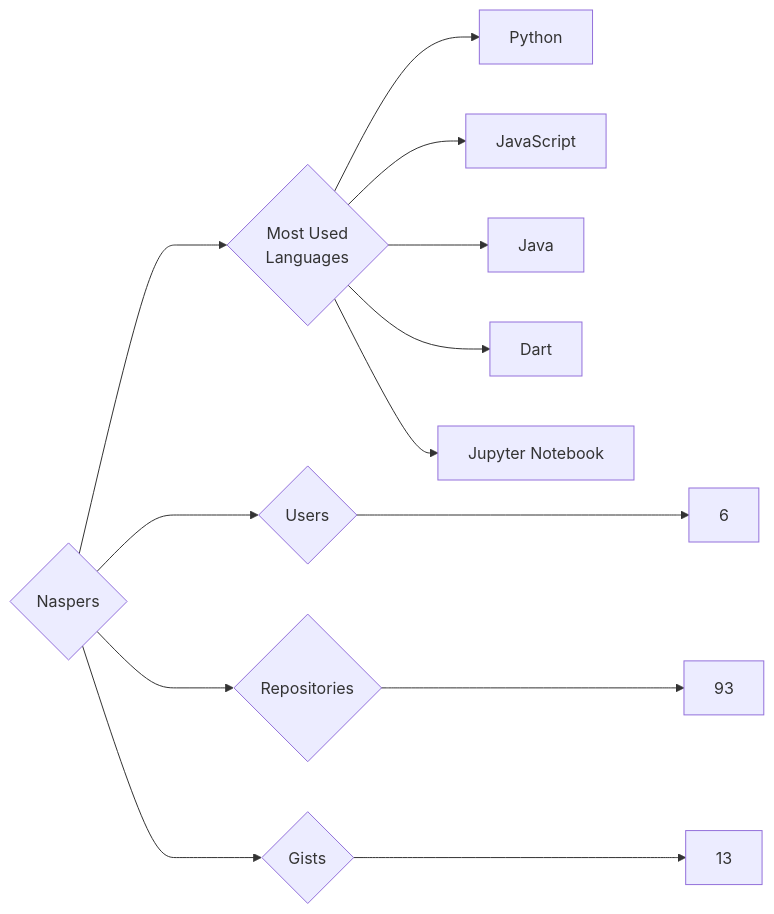
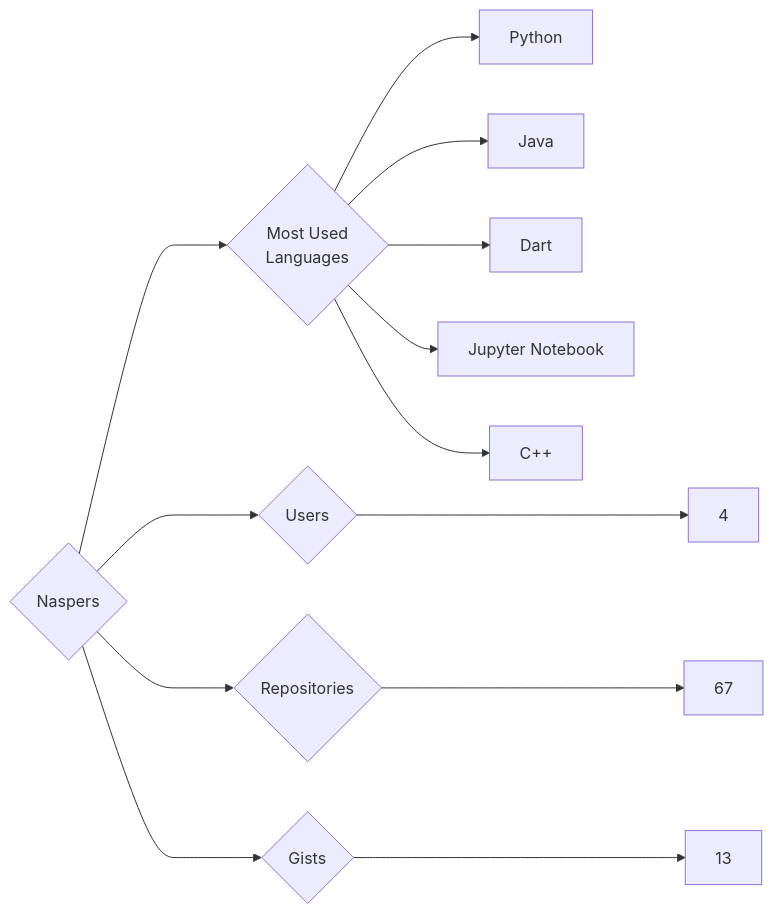
Before and after one commit to trickest/insiders: the diagram in targets/Naspers/README.md, drawn with Mermaid. The commit also changed 1389 other files, not shown here.

````diff
--- a/targets/Naspers/README.md
+++ b/targets/Naspers/README.md
@@ -3,13 +3,13 @@
 ```mermaid
 graph LR
 COMPANY_NAME{Naspers}
-COMPANY_NAME ---> U{Users} ---> UN[6]
-COMPANY_NAME ---> R{Repositories} ---> RN[93]
+COMPANY_NAME ---> U{Users} ---> UN[4]
+COMPANY_NAME ---> R{Repositories} ---> RN[67]
 COMPANY_NAME ---> G{Gists} ---> GN[13]
 COMPANY_NAME ---> ML{Most Used<br>Languages}
 ML --> Python[Python]
-ML --> JavaScript[JavaScript]
 ML --> Java[Java]
 ML --> Dart[Dart]
 ML --> Jupyter_Notebook[Jupyter Notebook]
+ML --> C++[C++]
 ```
````
